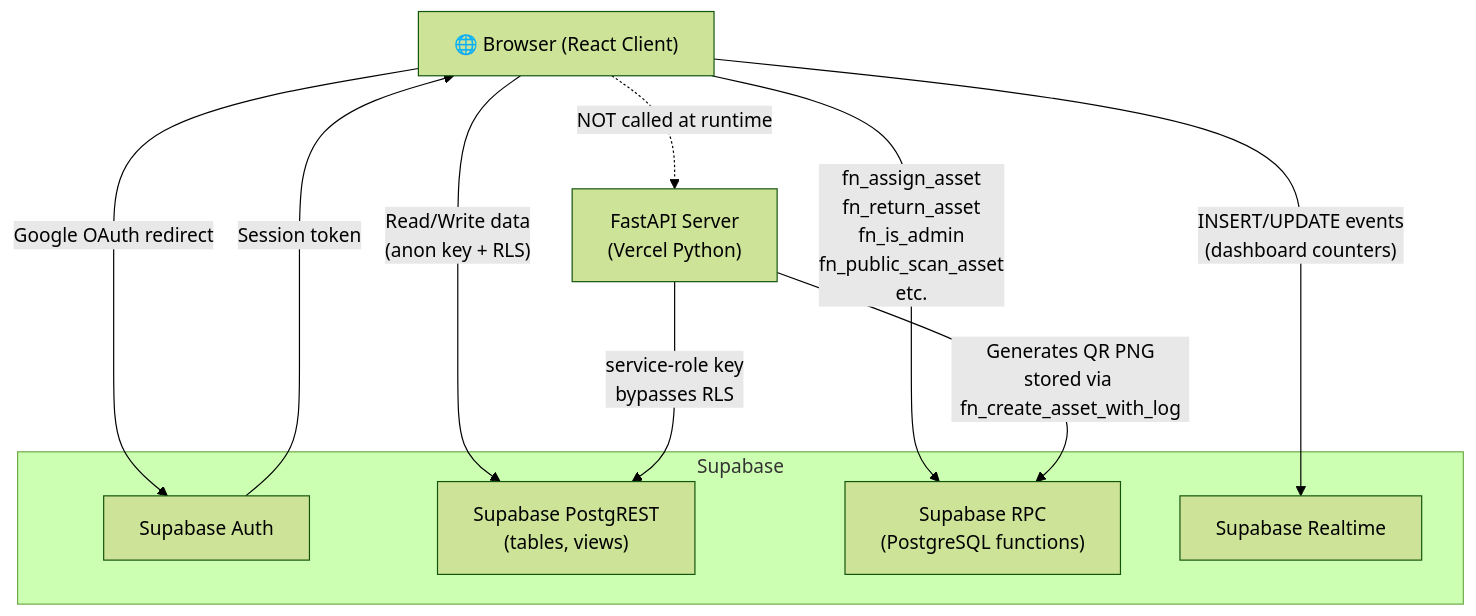
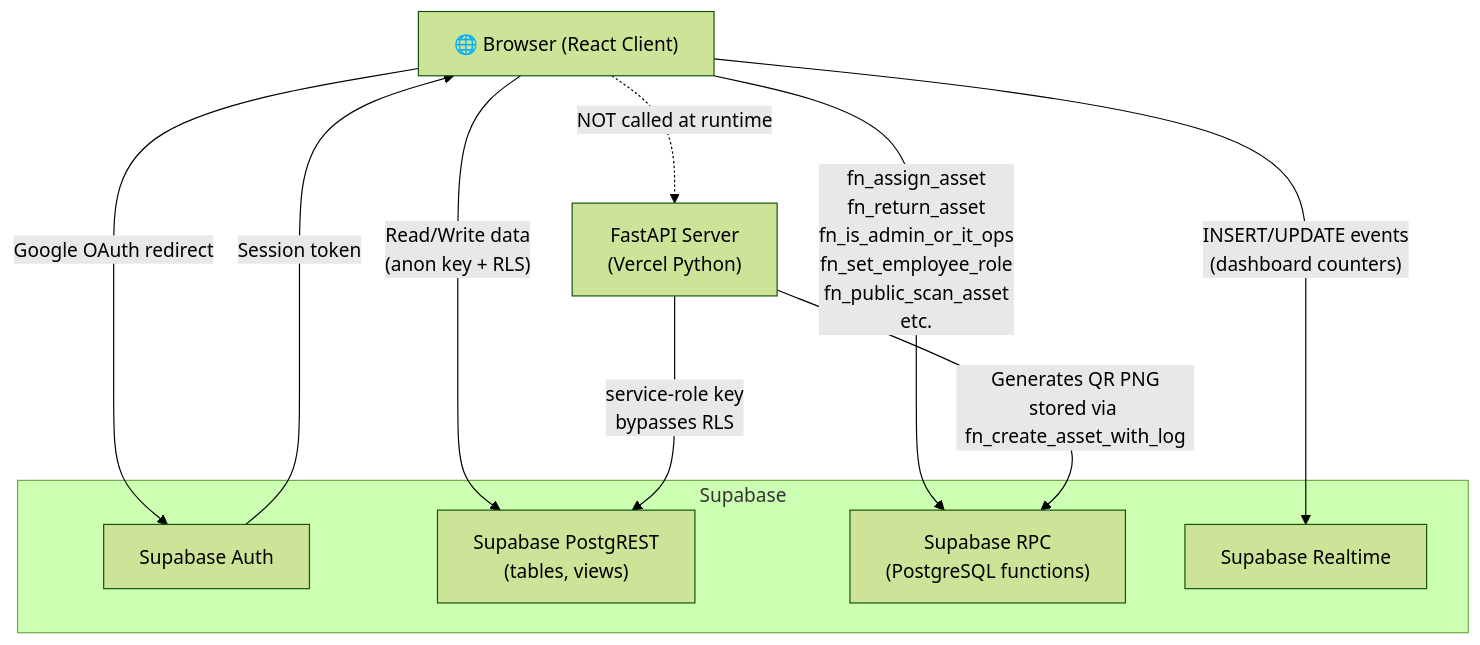
The diagram in README.md (bikashJMV/assetmanager), drawn with Mermaid (forest theme) before and after one commit. The commit also changed other lines of this file and 25 other files, not shown here.

Commit message:
feat: inactive session logout/ user details, super admin role implemented

````diff
--- a/README.md
+++ b/README.md
@@ -18,23 +18,23 @@
 ```mermaid
 flowchart TD
     Browser["🌐 Browser (React Client)"]
 
     Browser -->|"Google OAuth redirect"| SupaAuth["Supabase Auth"]
     SupaAuth -->|"Session token"| Browser
 
     Browser -->|"Read/Write data\n(anon key + RLS)"| SupaDB["Supabase PostgREST\n(tables, views)"]
-    Browser -->|"fn_assign_asset\nfn_return_asset\nfn_is_admin\nfn_public_scan_asset\netc."| SupaRPC["Supabase RPC\n(PostgreSQL functions)"]
+    Browser -->|"fn_assign_asset\nfn_return_asset\nfn_is_admin_or_it_ops\nfn_set_employee_role\nfn_public_scan_asset\netc."| SupaRPC["Supabase RPC\n(PostgreSQL functions)"]
     Browser -->|"INSERT/UPDATE events\n(dashboard counters)"| SupaRT["Supabase Realtime"]
 
     Browser -. "NOT called at runtime" .-> Server["FastAPI Server\n(Vercel Python)"]
     Server -->|"service-role key\nbypasses RLS"| SupaDB
 
     Server -->|"Generates QR PNG\nstored via fn_create_asset_with_log"| SupaRPC
 
     subgraph Supabase
         SupaAuth
         SupaDB
         SupaRPC
         SupaRT
     end
 ```
````
